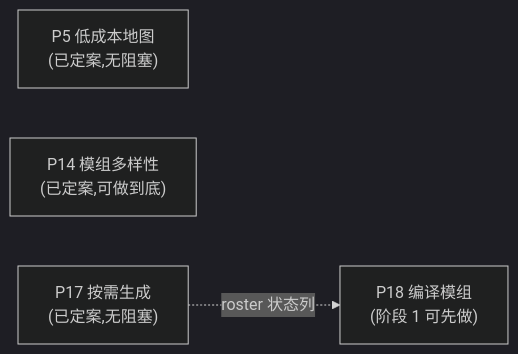
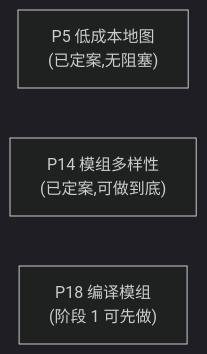
The diagram in update_plan/README.md (Mzihong/coc-keeper-kit), drawn with Mermaid (dark theme) before and after one commit. The commit also changed other lines of this file and 4 other files, not shown here.

````diff
--- a/update_plan/README.md
+++ b/update_plan/README.md
@@ -27,8 +26,6 @@
 ```mermaid
 graph LR
     P5["P5 低成本地图<br/>(已定案,无阻塞)"]
     P14["P14 模组多样性<br/>(已定案,可做到底)"]
-    P17["P17 按需生成<br/>(已定案,无阻塞)"]
     P18["P18 编译模组<br/>(阶段 1 可先做)"]
-    P17 -.roster 状态列.-> P18
 ```
````
